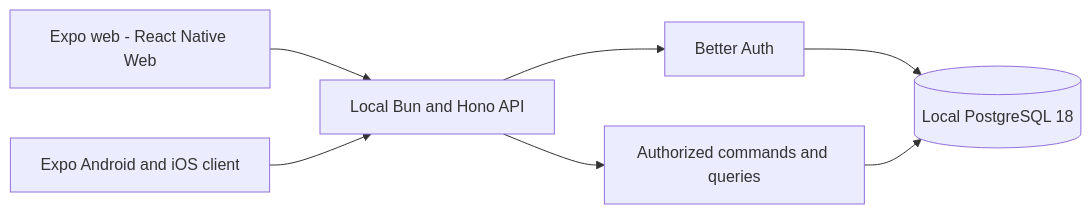
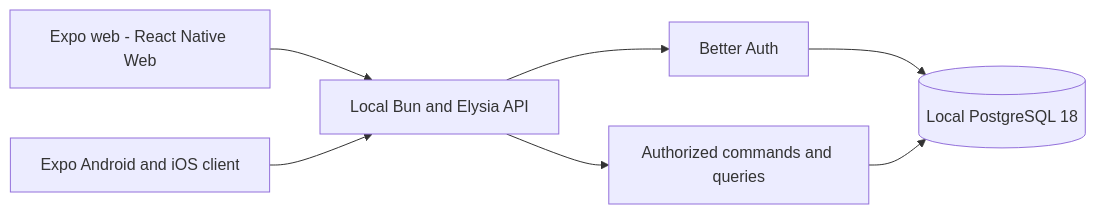
The diagram in docs/architecture.md (Eclalune-BTC/pisto-app), drawn with Mermaid before and after one commit. The commit also changed other lines of this file and 55 other files, not shown here.

Commit message:
refactor(api): migrate HTTP composition to Elysia

````diff
--- a/docs/architecture.md
+++ b/docs/architecture.md
@@ -12,15 +12,15 @@
 ```mermaid
 flowchart LR
   Web[Expo web - React Native Web]
   Native[Expo Android and iOS client]
-  API[Local Bun and Hono API]
+  API[Local Bun and Elysia API]
   Auth[Better Auth]
   Domain[Authorized commands and queries]
   DB[(Local PostgreSQL 18)]
   Web --> API
   Native --> API
   API --> Auth
   API --> Domain
   Auth --> DB
   Domain --> DB
 ```
````
